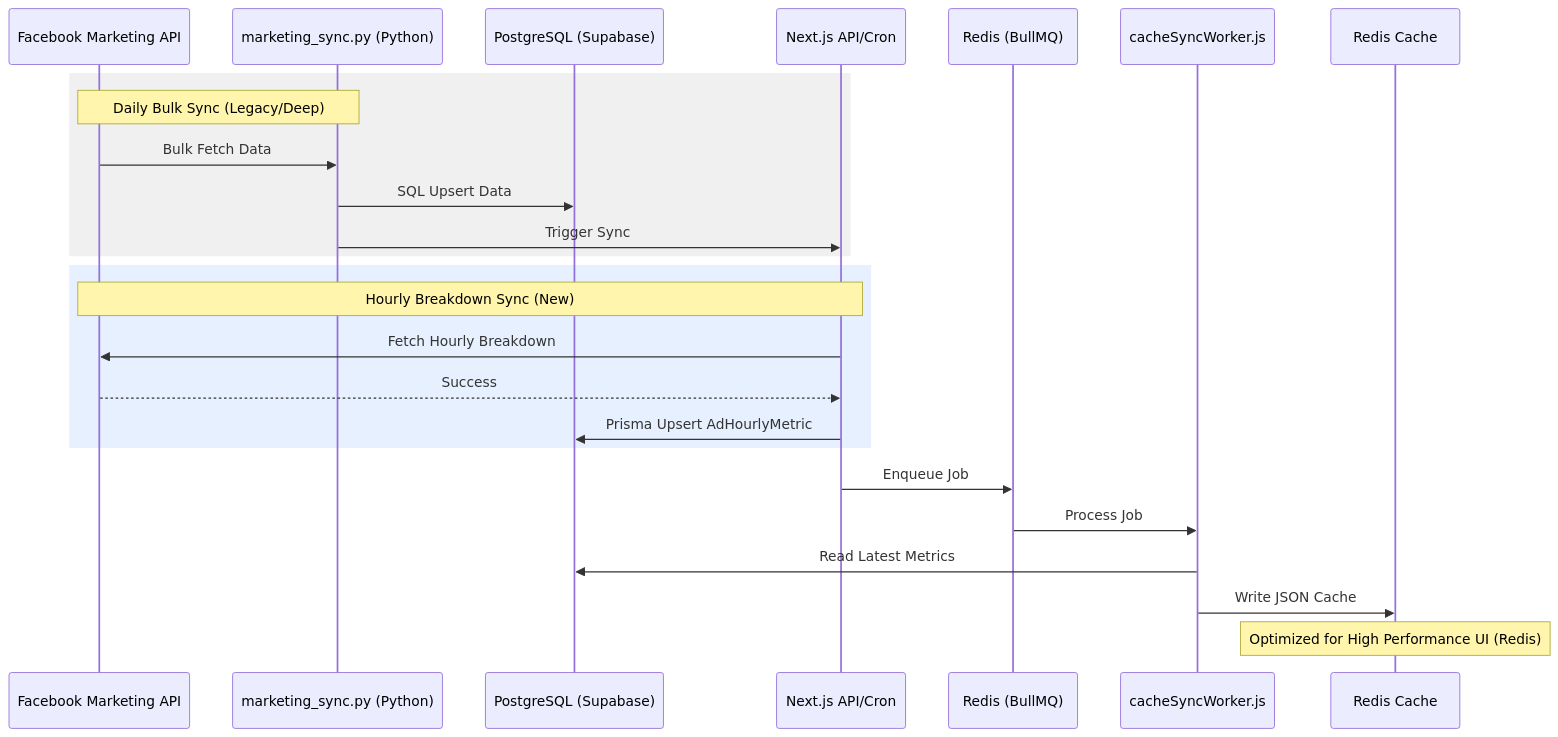
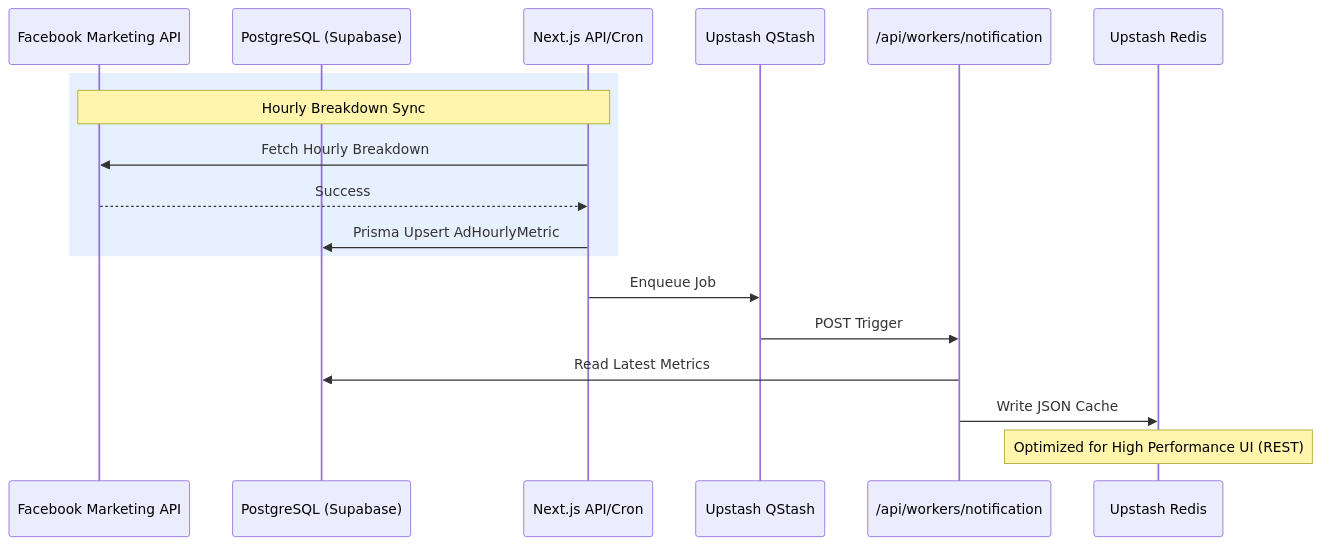
One commit to Freshair129/crmapp changed the fourth of 6 diagrams in docs/architecture/arc42-main.md. Above: the diagram before and after it, drawn with Mermaid. The commit also changed other lines of this file and 13 other files, not shown here.

````diff
--- a/docs/architecture/arc42-main.md
+++ b/docs/architecture/arc42-main.md
@@ -144,30 +141,22 @@
 ```mermaid
 sequenceDiagram
     participant FB as Facebook Marketing API
-    participant PS as marketing_sync.py (Python)
     participant DB as PostgreSQL (Supabase)
     participant NX as Next.js API/Cron
-    participant RD as Redis (BullMQ)
-    participant WK as cacheSyncWorker.js
-    participant LC as Redis Cache
-
-    rect rgb(240, 240, 240)
-        Note over PS, FB: Daily Bulk Sync (Legacy/Deep)
-        FB->>PS: Bulk Fetch Data
-        PS->>DB: SQL Upsert Data
-        PS->>NX: Trigger Sync
-    end
+    participant QS as Upstash QStash
+    participant NW as /api/workers/notification
+    participant LC as Upstash Redis
 
     rect rgb(230, 240, 255)
-        Note over NX, FB: Hourly Breakdown Sync (New)
+        Note over NX, FB: Hourly Breakdown Sync
         NX->>FB: Fetch Hourly Breakdown
         FB-->>NX: Success
         NX->>DB: Prisma Upsert AdHourlyMetric
     end
 
-    NX->>RD: Enqueue Job
-    RD->>WK: Process Job
-    WK->>DB: Read Latest Metrics
-    WK->>LC: Write JSON Cache
-    Note over LC: Optimized for High Performance UI (Redis)
+    NX->>QS: Enqueue Job
+    QS->>NW: POST Trigger
+    NW->>DB: Read Latest Metrics
+    NW->>LC: Write JSON Cache
+    Note over LC: Optimized for High Performance UI (REST)
 ```
````
